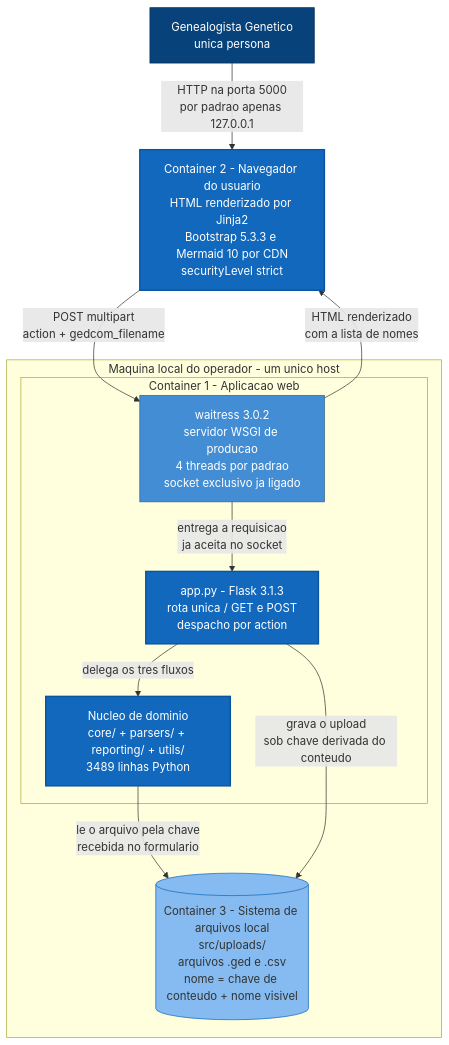
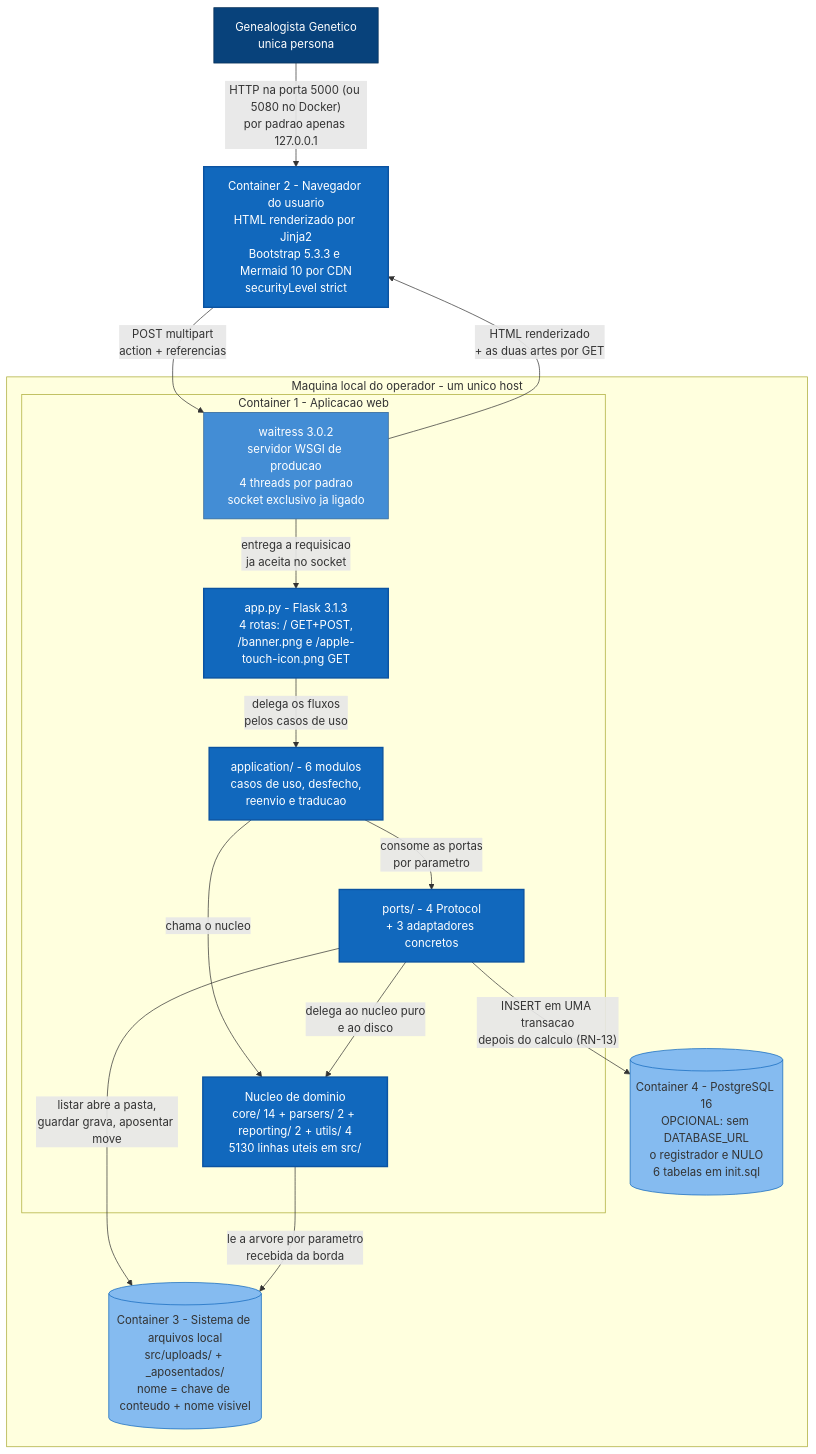
One commit to Adriano1976/reversa-analisador-genealogico changed the diagram in _reversa_sdd/c4-containers.md. Above: the diagram before and after it, drawn with Mermaid. The commit also changed other lines of this file and 69 other files, not shown here.

````diff
--- a/_reversa_sdd/c4-containers.md
+++ b/_reversa_sdd/c4-containers.md
@@ -12,28 +13,35 @@
 ```mermaid
 flowchart TB
     U["Genealogista Genetico<br/>unica persona"]:::person
 
     subgraph Maquina["Maquina local do operador - um unico host"]
         subgraph Processo["Container 1 - Aplicacao web"]
             WA["waitress 3.0.2<br/>servidor WSGI de producao<br/>4 threads por padrao<br/>socket exclusivo ja ligado"]:::tech
-            FL["app.py - Flask 3.1.3<br/>rota unica / GET e POST<br/>despacho por action"]:::container
-            CO["Nucleo de dominio<br/>core/ + parsers/ + reporting/ + utils/<br/>3489 linhas Python"]:::container
-            WA -->|"entrega a requisicao<br/>ja aceita no socket"| FL
-            FL -->|"delega os tres fluxos"| CO
+            BR["app.py - Flask 3.1.3<br/>4 rotas: / GET+POST,<br/>/banner.png e /apple-touch-icon.png GET"]:::container
+            AP["application/ - 6 modulos<br/>casos de uso, desfecho,<br/>reenvio e traducao"]:::container
+            PO["ports/ - 4 Protocol<br/>+ 3 adaptadores concretos"]:::container
+            CO["Nucleo de dominio<br/>core/ 14 + parsers/ 2 + reporting/ 2 + utils/ 4<br/>5130 linhas uteis em src/"]:::container
+            WA -->|"entrega a requisicao<br/>ja aceita no socket"| BR
+            BR -->|"delega os fluxos<br/>pelos casos de uso"| AP
+            AP -->|"consome as portas<br/>por parametro"| PO
+            AP -->|"chama o nucleo"| CO
+            PO -->|"delega ao nucleo puro<br/>e ao disco"| CO
         end
-        FS[("Container 3 - Sistema de arquivos local<br/>src/uploads/<br/>arquivos .ged e .csv<br/>nome = chave de conteudo + nome visivel")]:::store
-        CO -->|"le o arquivo pela chave<br/>recebida no formulario"| FS
-        FL -->|"grava o upload<br/>sob chave derivada do conteudo"| FS
+        FS[("Container 3 - Sistema de arquivos local<br/>src/uploads/ + _aposentados/<br/>nome = chave de conteudo + nome visivel")]:::store
+        DB[("Container 4 - PostgreSQL 16<br/>OPCIONAL: sem DATABASE_URL<br/>o registrador e NULO<br/>6 tabelas em init.sql")]:::store
+        PO -->|"listar abre a pasta,<br/>guardar grava, aposentar move"| FS
+        CO -->|"le a arvore por parametro<br/>recebida da borda"| FS
+        PO -->|"INSERT em UMA transacao<br/>depois do calculo (RN-13)"| DB
     end
 
     NB["Container 2 - Navegador do usuario<br/>HTML renderizado por Jinja2<br/>Bootstrap 5.3.3 e Mermaid 10 por CDN<br/>securityLevel strict"]:::container
 
-    U -->|"HTTP na porta 5000<br/>por padrao apenas 127.0.0.1"| NB
-    NB -->|"POST multipart<br/>action + gedcom_filename"| WA
-    WA -->|"HTML renderizado<br/>com a lista de nomes"| NB
+    U -->|"HTTP na porta 5000 (ou 5080 no Docker)<br/>por padrao apenas 127.0.0.1"| NB
+    NB -->|"POST multipart<br/>action + referencias"| WA
+    WA -->|"HTML renderizado<br/>+ as duas artes por GET"| NB
 
     classDef person fill:#08427B,color:#fff,stroke:#052e56,stroke-width:1px
     classDef container fill:#1168BD,color:#fff,stroke:#0b53a1,stroke-width:2px
     classDef tech fill:#438DD5,color:#fff,stroke:#2e6295,stroke-width:1px
     classDef store fill:#85BBF0,stroke:#1168BD,stroke-width:1px
 ```
````
